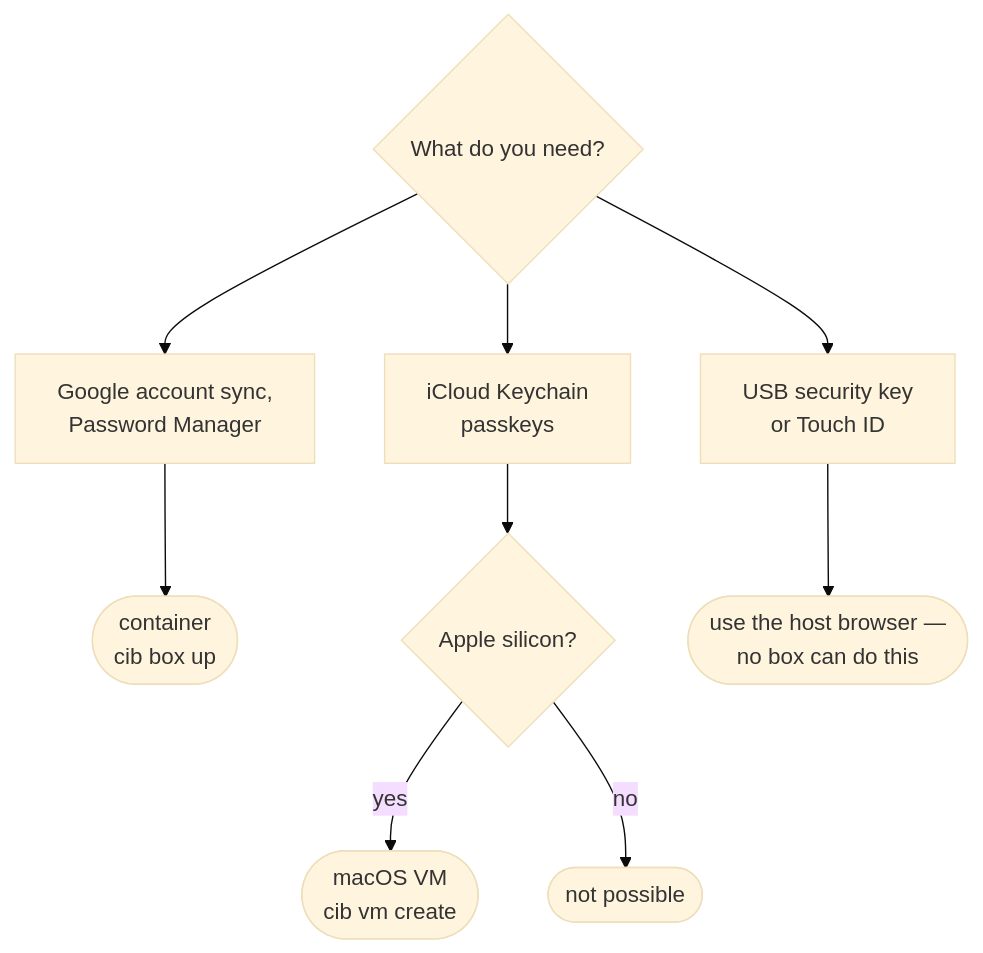
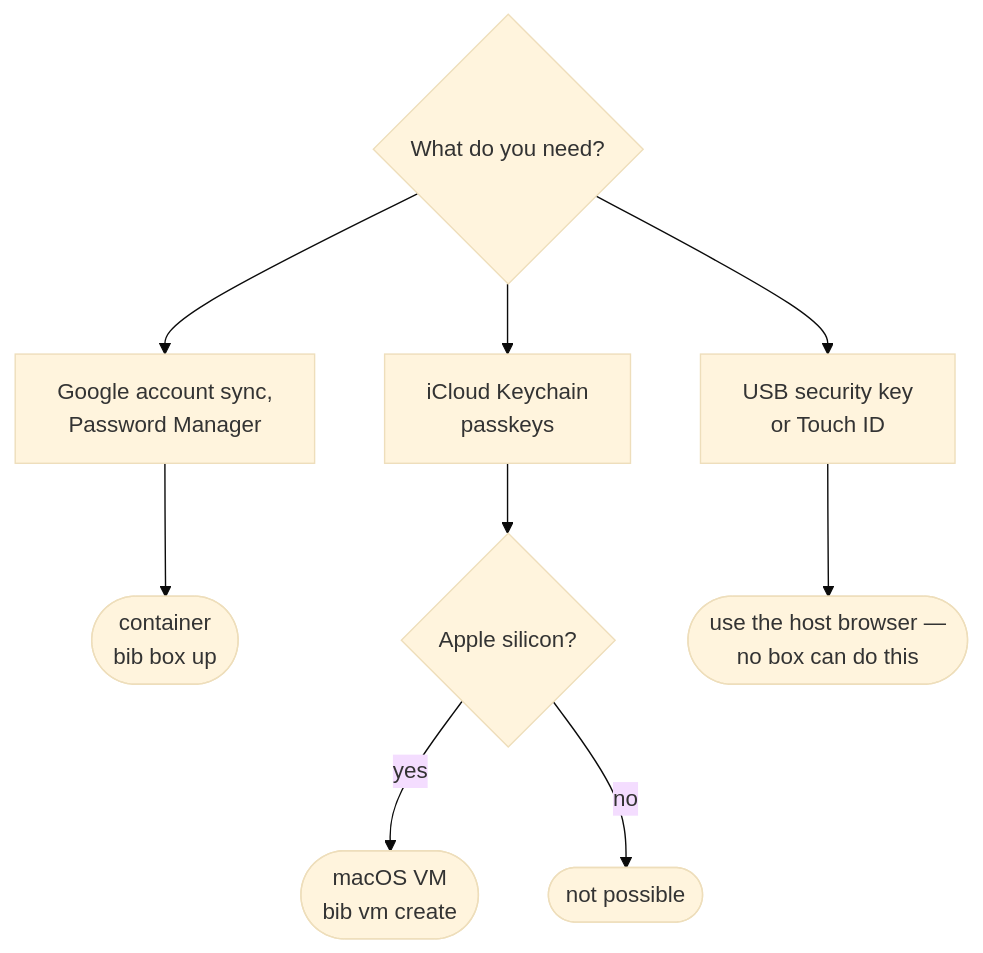
Before and after one commit to sapn95/browser-in-a-box: the first of 3 diagrams in README.md, drawn with Mermaid (base theme). The commit also changed other lines of this file and 13 other files, not shown here.

````diff
--- a/README.md
+++ b/README.md
@@ -74,11 +73,11 @@
 ```mermaid
 flowchart TD
     A{What do you need?} --> B[Google account sync,<br/>Password Manager]
     A --> C[iCloud Keychain<br/>passkeys]
     A --> D[USB security key<br/>or Touch ID]
-    B --> E([container<br/>cib box up])
+    B --> E([container<br/>bib box up])
     C --> F{Apple silicon?}
-    F -- yes --> G([macOS VM<br/>cib vm create])
+    F -- yes --> G([macOS VM<br/>bib vm create])
     F -- no --> H([not possible])
     D --> I([use the host browser —<br/>no box can do this])
 ```
````
